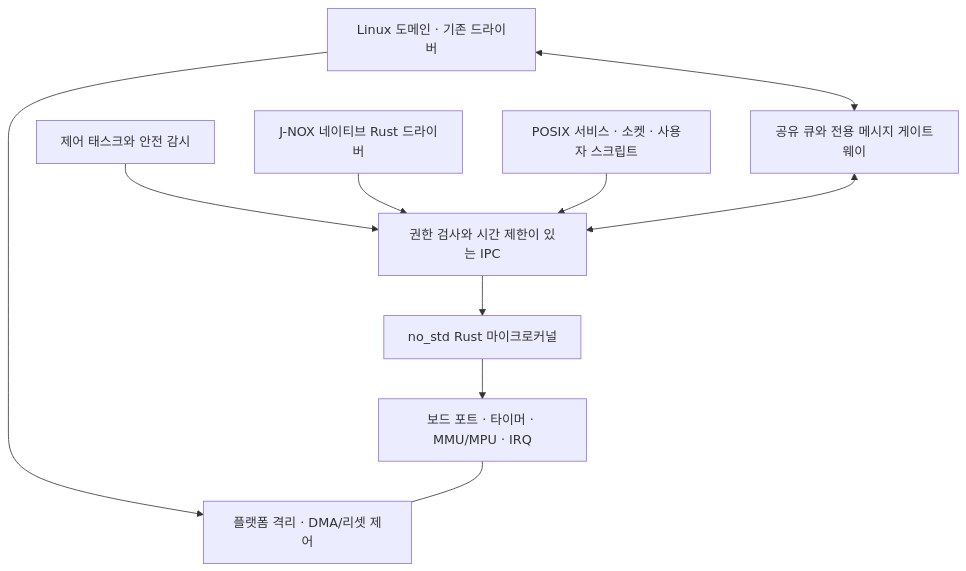
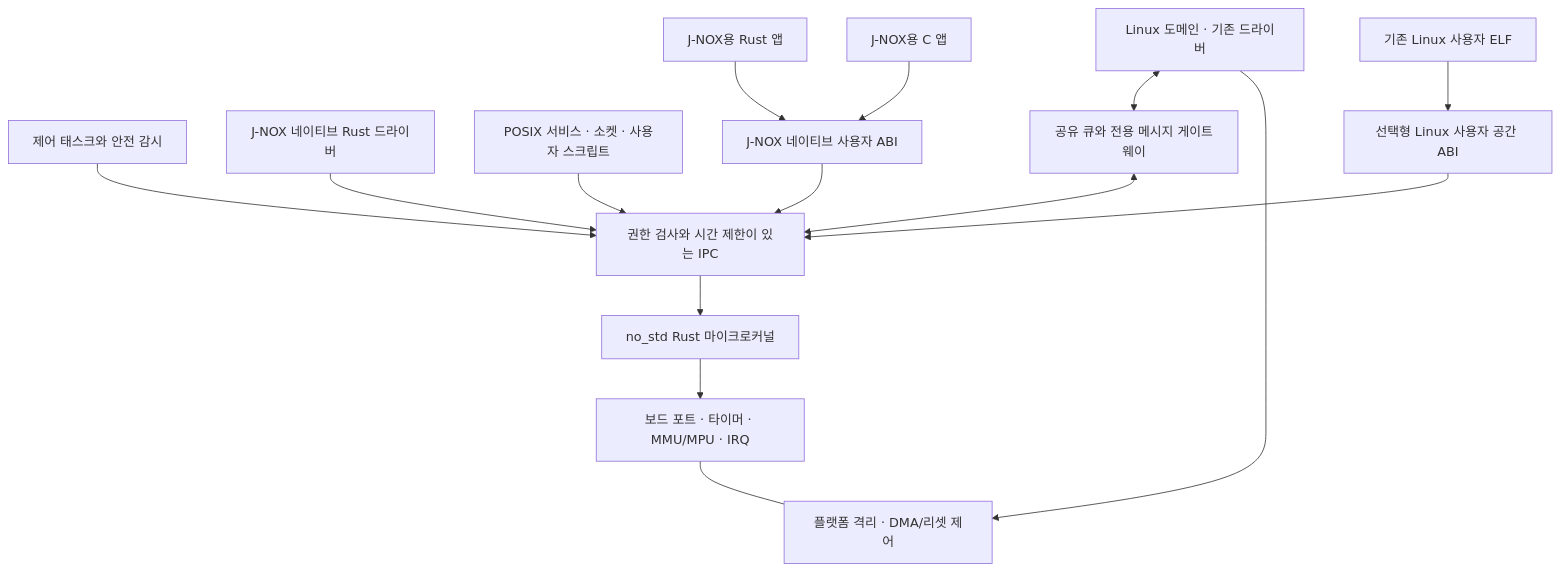
Before and after one commit to Romanof123/JNOX: the diagram in docs/architecture.md, drawn with Mermaid. The commit also changed other lines of this file and 8 other files, not shown here.

Commit message:
Plan native Rust and C applications and direct execution of prebuilt Linux CLIs (#12)

````diff
--- a/docs/architecture.md
+++ b/docs/architecture.md
@@ -5,12 +5,17 @@
 ```mermaid
 flowchart TB
   CONTROL[제어 태스크와 안전 감시] --> IPC[권한 검사와 시간 제한이 있는 IPC]
   NATIVE[J-NOX 네이티브 Rust 드라이버] --> IPC
   APPS[POSIX 서비스 · 소켓 · 사용자 스크립트] --> IPC
+  RUST[J-NOX용 Rust 앱] --> SDK[J-NOX 네이티브 사용자 ABI]
+  CAPP[J-NOX용 C 앱] --> SDK
+  SDK --> IPC
+  ELF[기존 Linux 사용자 ELF] --> COMPAT[선택형 Linux 사용자 공간 ABI]
+  COMPAT --> IPC
   IPC --> KERNEL[no_std Rust 마이크로커널]
   LINUX[Linux 도메인 · 기존 드라이버] <--> GATE[공유 큐와 전용 메시지 게이트웨이]
   GATE <--> IPC
   KERNEL --> BSP[보드 포트 · 타이머 · MMU/MPU · IRQ]
   LINUX --> PART[플랫폼 격리 · DMA/리셋 제어]
   BSP --- PART
 ```
````
